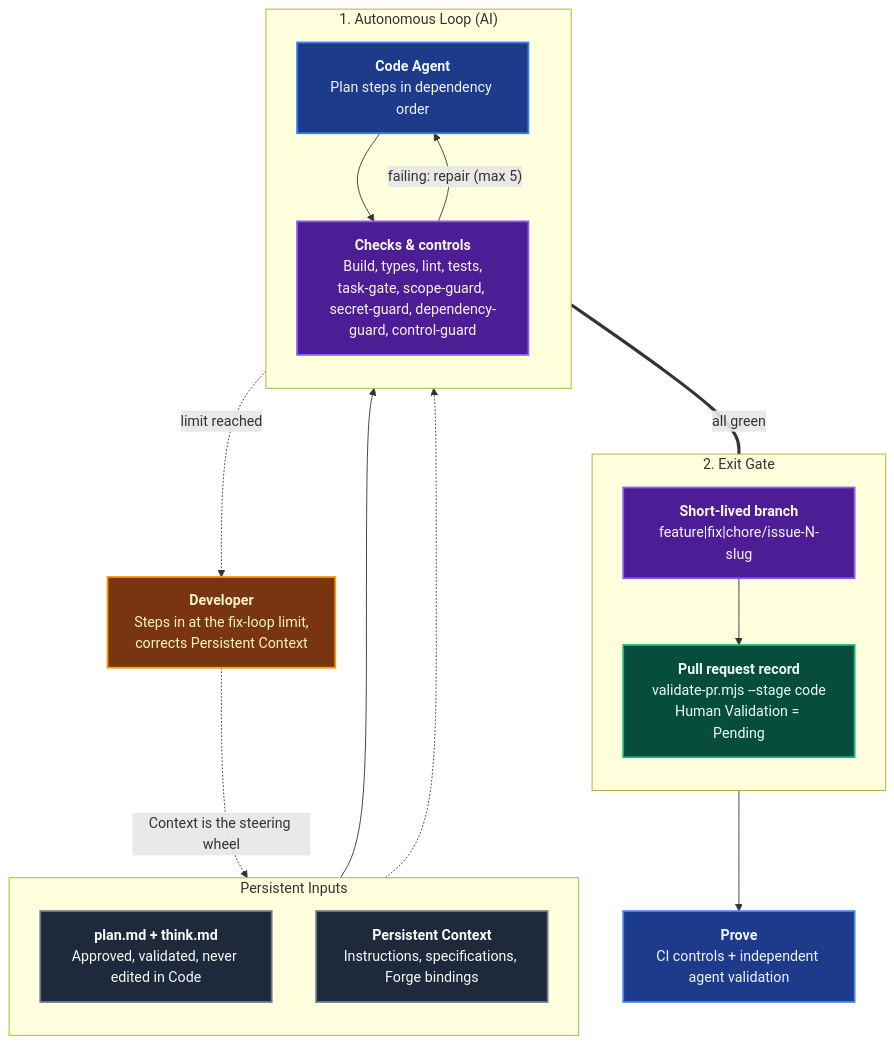
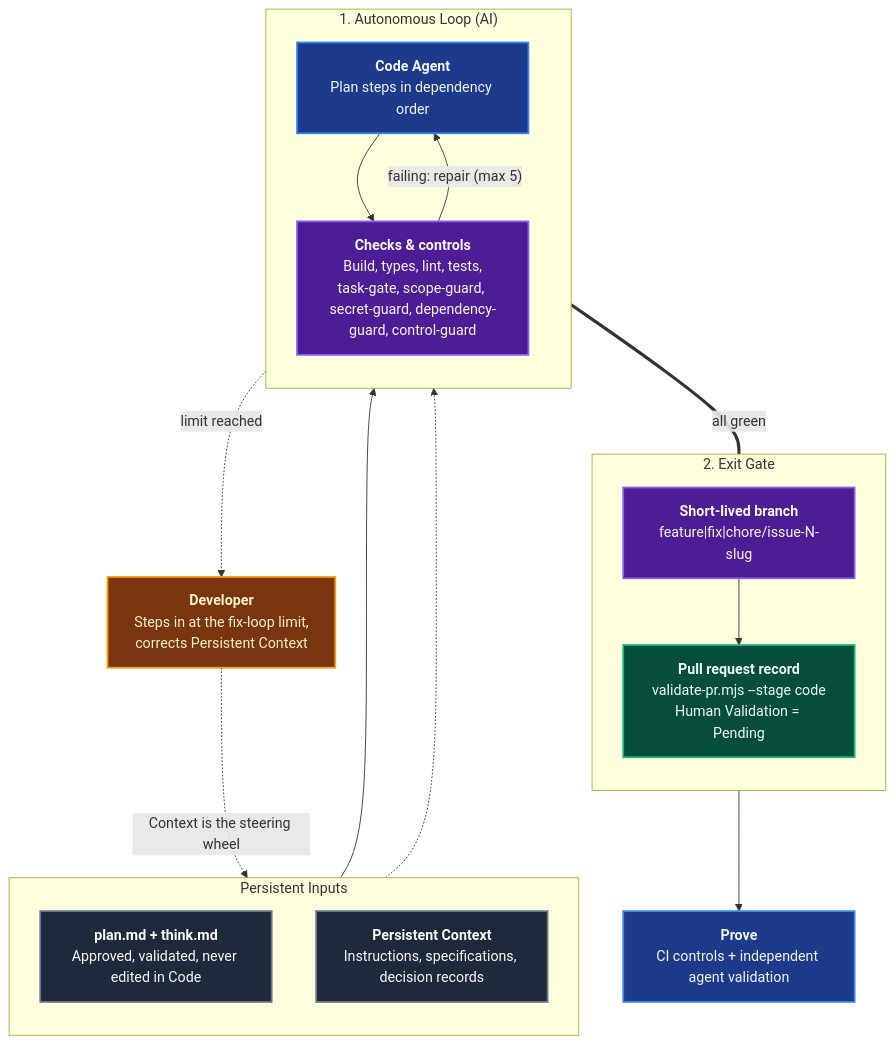
One commit to ALTEN-group/coding-pal changed the first of 2 diagrams in website/docs/guide/domain-code.md. Above: the diagram before and after it, drawn with Mermaid. The commit also changed other lines of this file and 49 other files, not shown here.

````diff
--- a/website/docs/guide/domain-code.md
+++ b/website/docs/guide/domain-code.md
@@ -11,48 +11,48 @@
 ```mermaid
 ---
 caption: Validated Plan to Pull Request (Plan -> Code -> Prove)
 ---
 flowchart TD
     subgraph Inputs ["Persistent Inputs"]
         direction TB
         PLAN["<b>plan.md + think.md</b><br/>Approved, validated, never edited in Code"]
-        CTX["<b>Persistent Context</b><br/>Instructions, specifications, Forge bindings"]
+        CTX["<b>Persistent Context</b><br/>Instructions, specifications, decision records"]
     end
 
     subgraph Loop ["1. Autonomous Loop (AI)"]
         direction TB
         AG["<b>Code Agent</b><br/>Plan steps in dependency order"]
         CTRL["<b>Checks & controls</b><br/>Build, types, lint, tests,<br/>task-gate, scope-guard, secret-guard, dependency-guard, control-guard"]
         AG --> CTRL
         CTRL -->|"failing: repair (max 5)"| AG
     end
 
     subgraph Gate ["2. Exit Gate"]
         direction TB
         BR["<b>Short-lived branch</b><br/>feature|fix|chore/issue-N-slug"]
         PR["<b>Pull request record</b><br/>validate-pr.mjs --stage code<br/>Human Validation = Pending"]
         BR --> PR
     end
 
     DEV["<b>Developer</b><br/>Steps in at the fix-loop limit,<br/>corrects Persistent Context"]
     PROVE["<b>Prove</b><br/>CI controls + independent agent validation"]
 
     PLAN --> AG
     CTX -.-> AG
     CTRL ===|"all green"| BR
     PR --> PROVE
     AG -.->|"limit reached"| DEV
     DEV -.->|"Context is the steering wheel"| CTX
 
     classDef stage fill:#1e3a8a,stroke:#3b82f6,stroke-width:2px,color:#eff6ff;
     classDef artifact fill:#064e3b,stroke:#10b981,stroke-width:2px,color:#ecfdf5;
     classDef input fill:#1e293b,stroke:#64748b,stroke-width:2px,color:#f8fafc;
     classDef human fill:#78350f,stroke:#f59e0b,stroke-width:2px,color:#fef3c7;
     classDef control fill:#4c1d95,stroke:#8b5cf6,stroke-width:2px,color:#faf5ff;
 
     class PLAN,CTX input;
     class AG,PROVE stage;
     class PR artifact;
     class CTRL,BR control;
     class DEV human;
 ```
````
